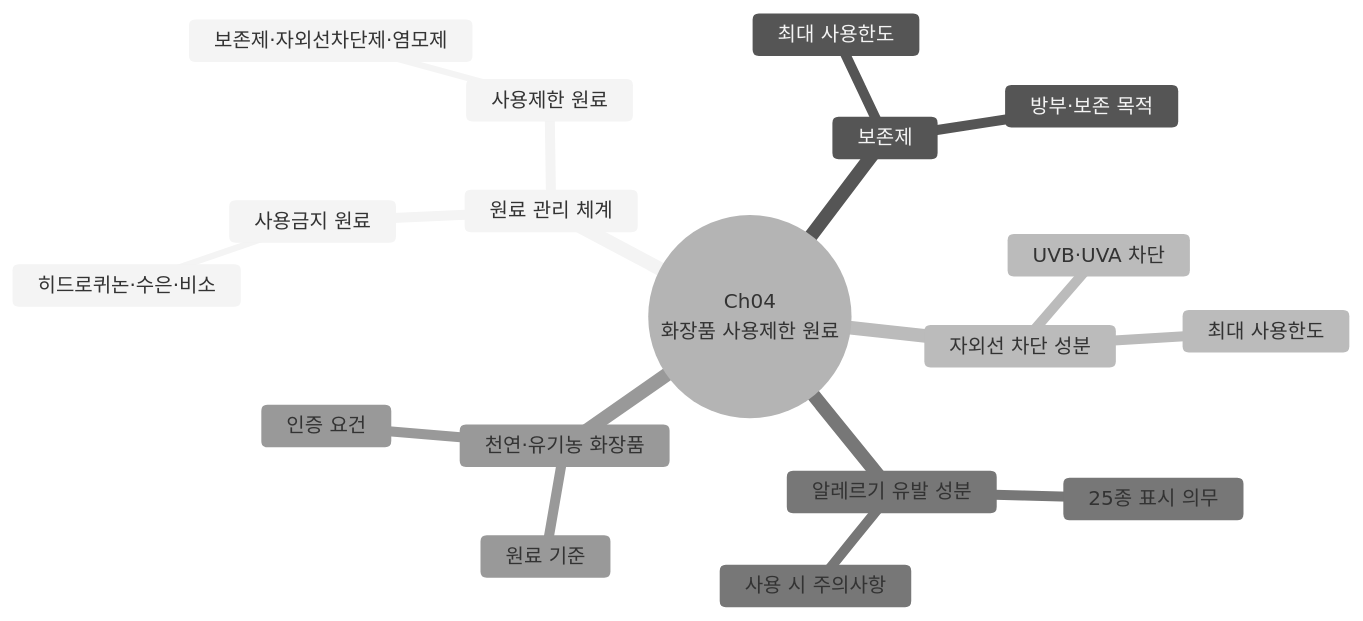
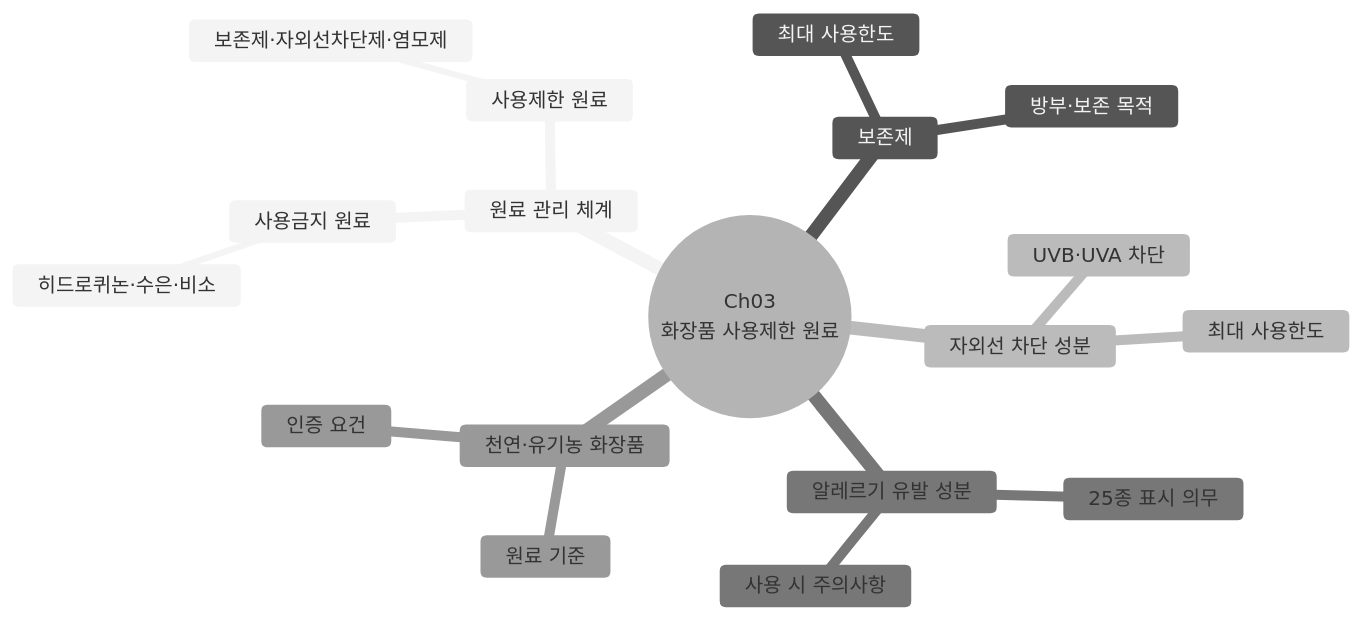
The fifth of 21 diagrams in content/교재/manufacturing/2과목_제조및품질관리_표준형.md (skygoldlee-cyber/Personalized_Skincare), drawn with Mermaid (neutral theme) before and after one commit. The commit also changed other lines of this file and 15 other files, not shown here.

````diff
--- a/content/교재/manufacturing/2과목_제조및품질관리_표준형.md
+++ b/content/교재/manufacturing/2과목_제조및품질관리_표준형.md
@@ -274,21 +274,21 @@
 ```mermaid
 mindmap
- root((Ch04<br/>화장품 사용제한 원료))
+ root((Ch03<br/>화장품 사용제한 원료))
   원료 관리 체계
    사용금지 원료
     히드로퀴논·수은·비소
    사용제한 원료
     보존제·자외선차단제·염모제
   보존제
    최대 사용한도
    방부·보존 목적
   자외선 차단 성분
    UVB·UVA 차단
    최대 사용한도
   알레르기 유발 성분
    25종 표시 의무
    사용 시 주의사항
   천연·유기농 화장품
    원료 기준
    인증 요건
 ```
````
